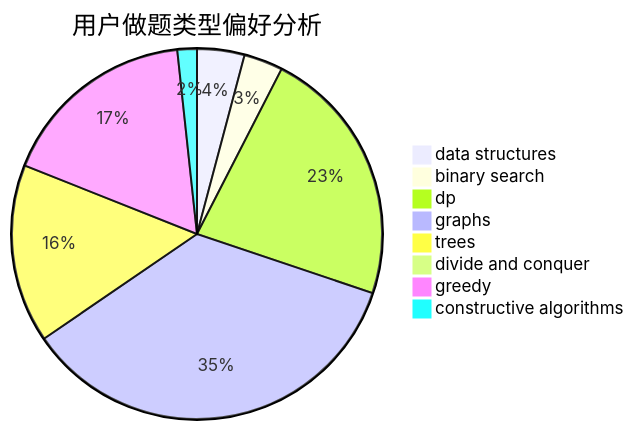
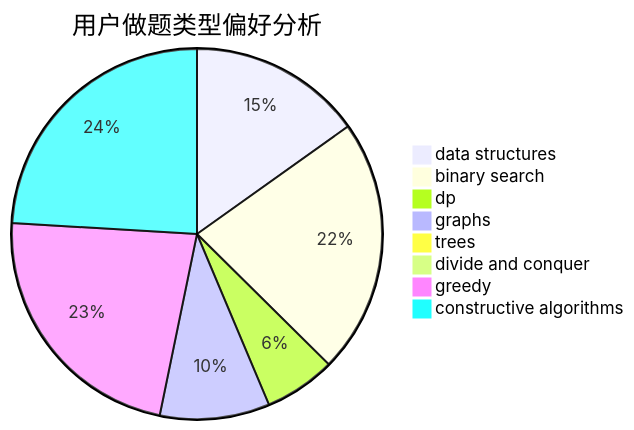
Before and after one commit to sherpahu/cfrs.github.io: the second of 3 diagrams in docs/user/u700.md, drawn with Mermaid. The commit also changed other lines of this file and 2770 other files, not shown here.

````diff
--- a/docs/user/u700.md
+++ b/docs/user/u700.md
@@ -23,11 +23,11 @@
 ```mermaid
 pie title 用户做题类型偏好分析
-    "data structures" :  17
-    "binary search" :  14
-    "dp" :  93
-    "graphs" :  145
-    "trees" :  64
+    "data structures" :  68
+    "binary search" :  100
+    "dp" :  28
+    "graphs" :  43
+    "trees" :  0
     "divide and conquer" :  0
-    "greedy" :  71
-    "constructive algorithms" :  7
+    "greedy" :  102
+    "constructive algorithms" :  108
 ```
````
